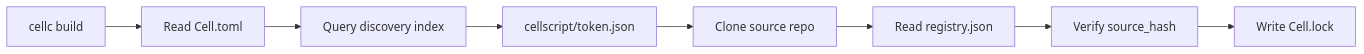
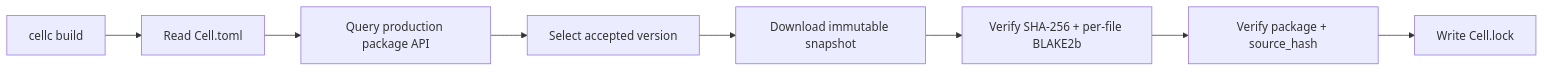
The fourth of 5 diagrams in docs/CELLSCRIPT_REGISTRY_PHASE1.md (CellScript-Labs/CellScript), drawn with Mermaid before and after one commit. The commit also changed other lines of this file and 32 other files, not shown here.

Commit message:
feat: deploy production registry

````diff
--- a/docs/CELLSCRIPT_REGISTRY_PHASE1.md
+++ b/docs/CELLSCRIPT_REGISTRY_PHASE1.md
@@ -425,10 +439,10 @@
 ```mermaid
 graph LR
     A["cellc build"] --> B["Read Cell.toml"]
-    B --> C["Query discovery index"]
-    C --> D["cellscript/token.json"]
-    D --> E["Clone source repo"]
-    E --> F["Read registry.json"]
-    F --> G["Verify source_hash"]
+    B --> C["Query production package API"]
+    C --> D["Select accepted version"]
+    D --> E["Download immutable snapshot"]
+    E --> F["Verify SHA-256 + per-file BLAKE2b"]
+    F --> G["Verify package + source_hash"]
     G --> H["Write Cell.lock"]
 ```
````
